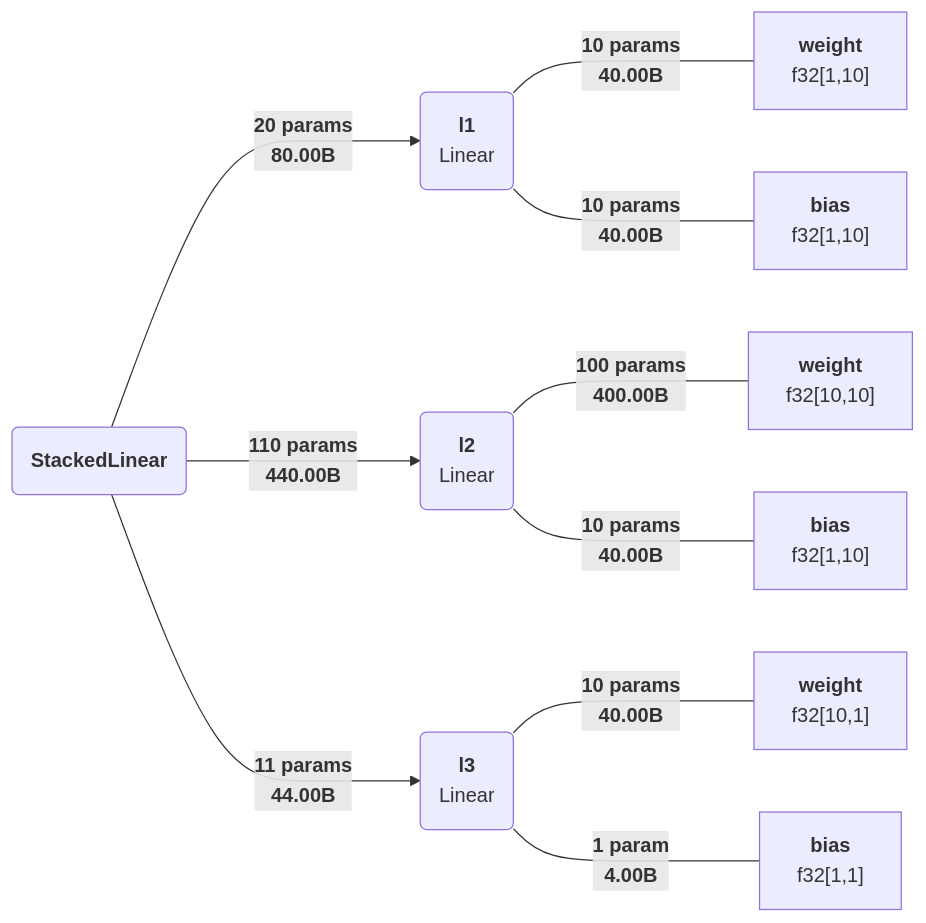
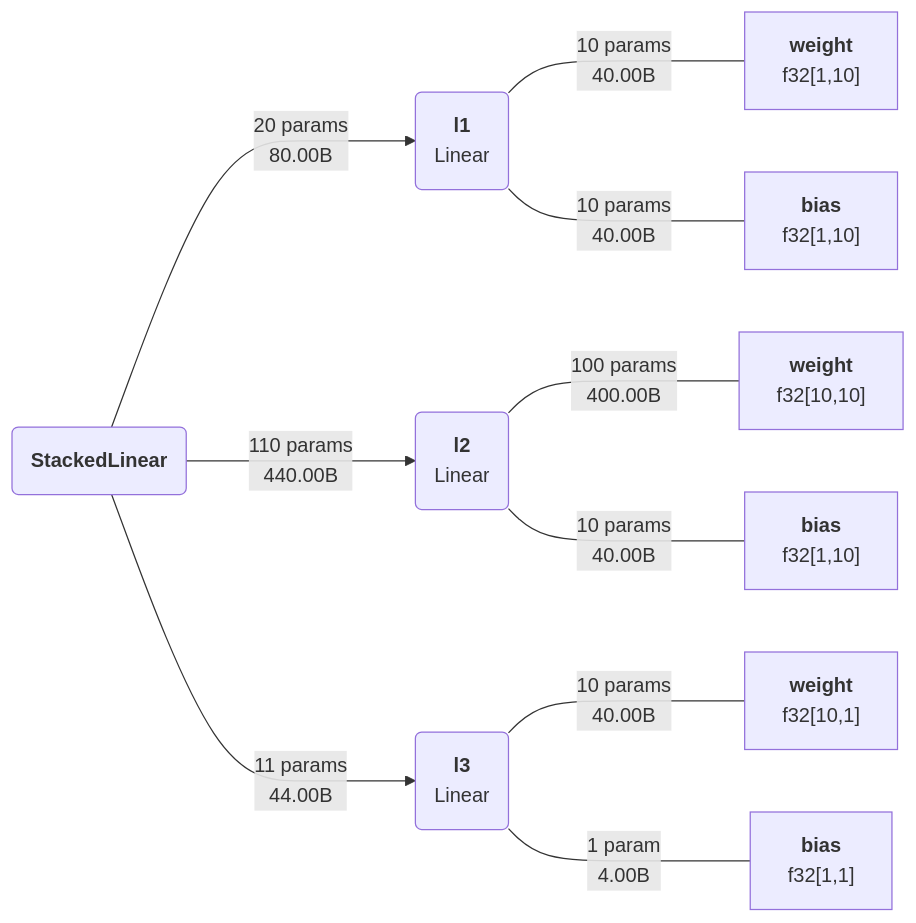
The diagram in README.md (ASEM000/pytreeclass), drawn with Mermaid before and after one commit. The commit also changed 1 other file, not shown here.

Commit message:
unbold some fields in `tree_mermaid`

````diff
--- a/README.md
+++ b/README.md
@@ -215,14 +215,14 @@
 ```mermaid
 
 flowchart LR
     id15696277213149321320(<b>StackedLinear</b>)
-    id15696277213149321320 ---> |"<b>20 params</b><br><b>80.00B</b>"| id159132120600507116("<b>l1</b><br>Linear")
-    id159132120600507116 ---- |"<b>10 params</b><br><b>40.00B</b>"| id7500441386962467209["<b>weight</b><br>f32[1,10]"]
-    id159132120600507116 ---- |"<b>10 params</b><br><b>40.00B</b>"| id10793958738030044218["<b>bias</b><br>f32[1,10]"]
-    id15696277213149321320 ---> |"<b>110 params</b><br><b>440.00B</b>"| id10009280772564895168("<b>l2</b><br>Linear")
-    id10009280772564895168 ---- |"<b>100 params</b><br><b>400.00B</b>"| id11951215191344350637["<b>weight</b><br>f32[10,10]"]
-    id10009280772564895168 ---- |"<b>10 params</b><br><b>40.00B</b>"| id1196345851686744158["<b>bias</b><br>f32[1,10]"]
-    id15696277213149321320 ---> |"<b>11 params</b><br><b>44.00B</b>"| id7572222925824649475("<b>l3</b><br>Linear")
-    id7572222925824649475 ---- |"<b>10 params</b><br><b>40.00B</b>"| id4749243995442935477["<b>weight</b><br>f32[10,1]"]
-    id7572222925824649475 ---- |"<b>1 param</b><br><b>4.00B</b>"| id8042761346510512486["<b>bias</b><br>f32[1,1]"]
+    id15696277213149321320 ---> |"20 params<br>80.00B"| id159132120600507116("<b>l1</b><br>Linear")
+    id159132120600507116 ---- |"10 params<br>40.00B"| id7500441386962467209["<b>weight</b><br>f32[1,10]"]
+    id159132120600507116 ---- |"10 params<br>40.00B"| id10793958738030044218["<b>bias</b><br>f32[1,10]"]
+    id15696277213149321320 ---> |"110 params<br>440.00B"| id10009280772564895168("<b>l2</b><br>Linear")
+    id10009280772564895168 ---- |"100 params<br>400.00B"| id11951215191344350637["<b>weight</b><br>f32[10,10]"]
+    id10009280772564895168 ---- |"10 params<br>40.00B"| id1196345851686744158["<b>bias</b><br>f32[1,10]"]
+    id15696277213149321320 ---> |"11 params<br>44.00B"| id7572222925824649475("<b>l3</b><br>Linear")
+    id7572222925824649475 ---- |"10 params<br>40.00B"| id4749243995442935477["<b>weight</b><br>f32[10,1]"]
+    id7572222925824649475 ---- |"1 param<br>4.00B"| id8042761346510512486["<b>bias</b><br>f32[1,1]"]
 ```
````
